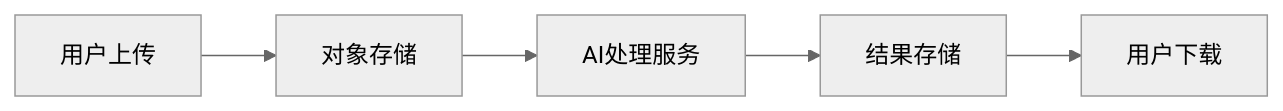
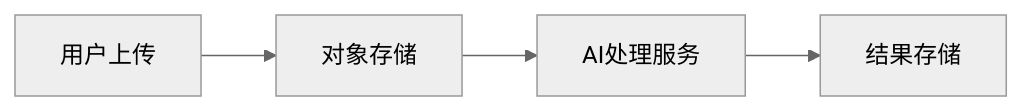
The first of 2 diagrams in skills/sdlc/high-level-design/references/REFERENCE.md (zhsusn/skill-arsenal), drawn with Mermaid (neutral theme) before and after one commit. The commit also changed other lines of this file and 7 other files, not shown here.

````diff
--- a/skills/sdlc/high-level-design/references/REFERENCE.md
+++ b/skills/sdlc/high-level-design/references/REFERENCE.md
@@ -183,7 +190,6 @@
 ```mermaid
 graph LR
     A[用户上传] --> B[对象存储]
     B --> C[AI处理服务]
     C --> D[结果存储]
-    D --> E[用户下载]
 ```
````
